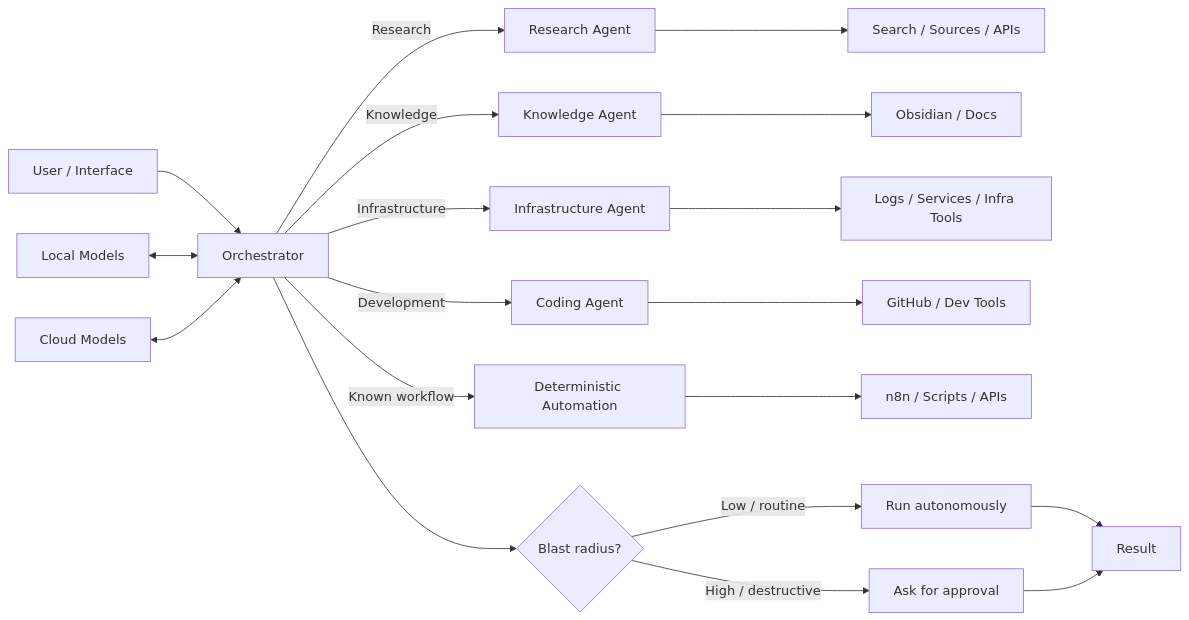
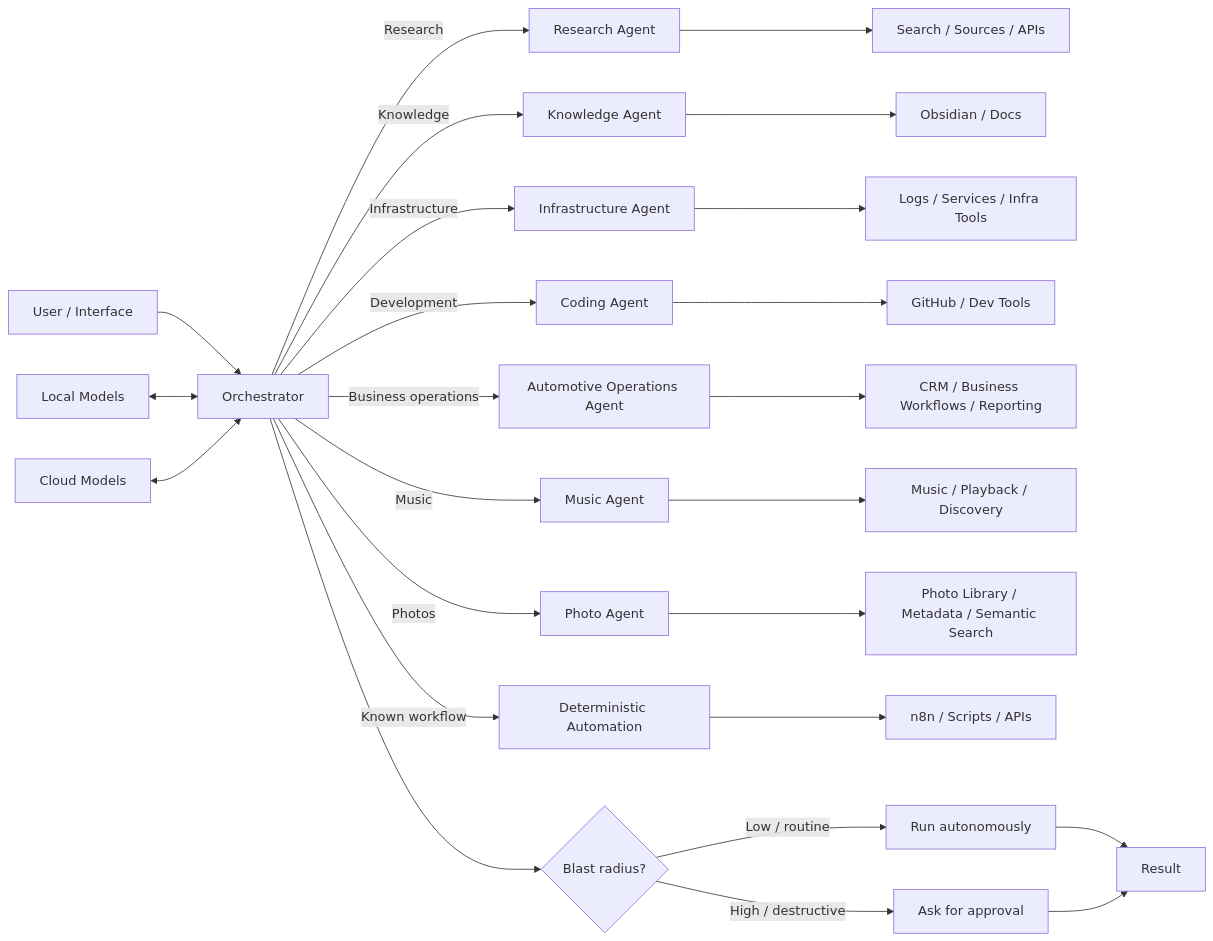
One commit to p0ki/personal-ai-infrastructure changed the first of 2 diagrams in ARCHITECTURE.md. Above: the diagram before and after it, drawn with Mermaid. The commit also changed other lines of this file, not shown here.

Commit message:
docs: extend architecture with domain agents

````diff
--- a/ARCHITECTURE.md
+++ b/ARCHITECTURE.md
@@ -11,25 +11,31 @@
 ```mermaid
 flowchart LR
     U[User / Interface] --> O[Orchestrator]
 
     O -->|Research| R[Research Agent]
     O -->|Knowledge| K[Knowledge Agent]
     O -->|Infrastructure| I[Infrastructure Agent]
     O -->|Development| C[Coding Agent]
+    O -->|Business operations| B[Automotive Operations Agent]
+    O -->|Music| M[Music Agent]
+    O -->|Photos| P[Photo Agent]
     O -->|Known workflow| D[Deterministic Automation]
 
     R --> S[Search / Sources / APIs]
     K --> OB[Obsidian / Docs]
     I --> INF[Logs / Services / Infra Tools]
     C --> GH[GitHub / Dev Tools]
+    B --> BO[CRM / Business Workflows / Reporting]
+    M --> MU[Music / Playback / Discovery]
+    P --> PH[Photo Library / Metadata / Semantic Search]
     D --> N[n8n / Scripts / APIs]
 
     LM[Local Models] <--> O
     CM[Cloud Models] <--> O
 
     O --> RISK{Blast radius?}
     RISK -->|Low / routine| AUTO[Run autonomously]
     RISK -->|High / destructive| APPROVE[Ask for approval]
     AUTO --> RESULT[Result]
     APPROVE --> RESULT
 ```
````
